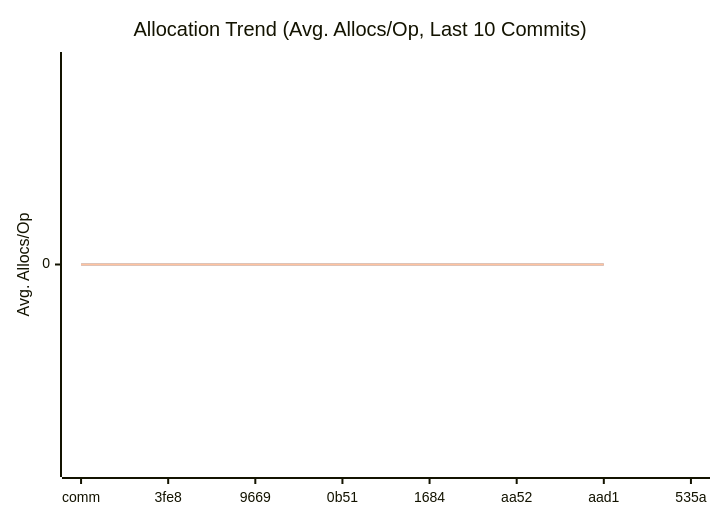
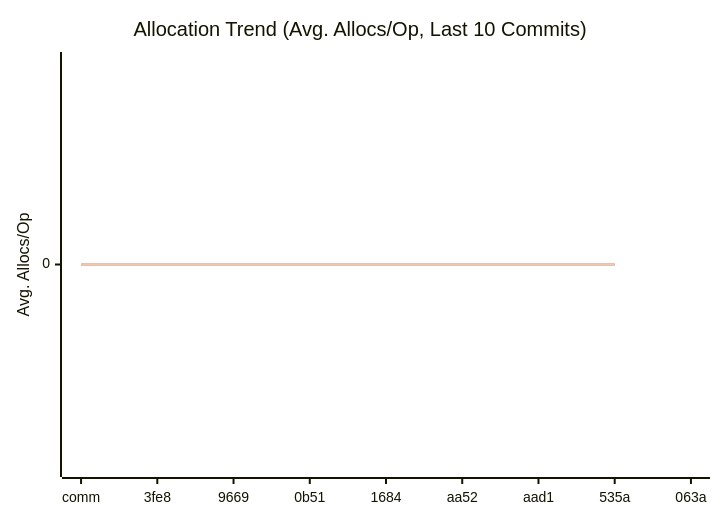
One commit to alsotoes/momo changed the third of 3 diagrams in doc/README.md. Above: the diagram before and after it, drawn with Mermaid. The commit also changed other lines of this file and 1 other file, not shown here.

````diff
--- a/doc/README.md
+++ b/doc/README.md
@@ -312,10 +312,10 @@
 ```mermaid
 xychart-beta
     title "Allocation Trend (Avg. Allocs/Op, Last 10 Commits)"
     x-axis "Commit"
     y-axis "Avg. Allocs/Op"
-    x-axis [comm,3fe8,9669,0b51,1684,aa52,aad1,535a]
-    line "CheckMetricsAndSwap" [0,0,0,0,0,0,0]
-    line "IndexDirectTracking" [0,0,0,0,0,0,0]
-    line "IndexSearch" [0,0,0,0,0,0,0]
+    x-axis [comm,3fe8,9669,0b51,1684,aa52,aad1,535a,063a]
+    line "CheckMetricsAndSwap" [0,0,0,0,0,0,0,0]
+    line "IndexDirectTracking" [0,0,0,0,0,0,0,0]
+    line "IndexSearch" [0,0,0,0,0,0,0,0]
 ```
````
